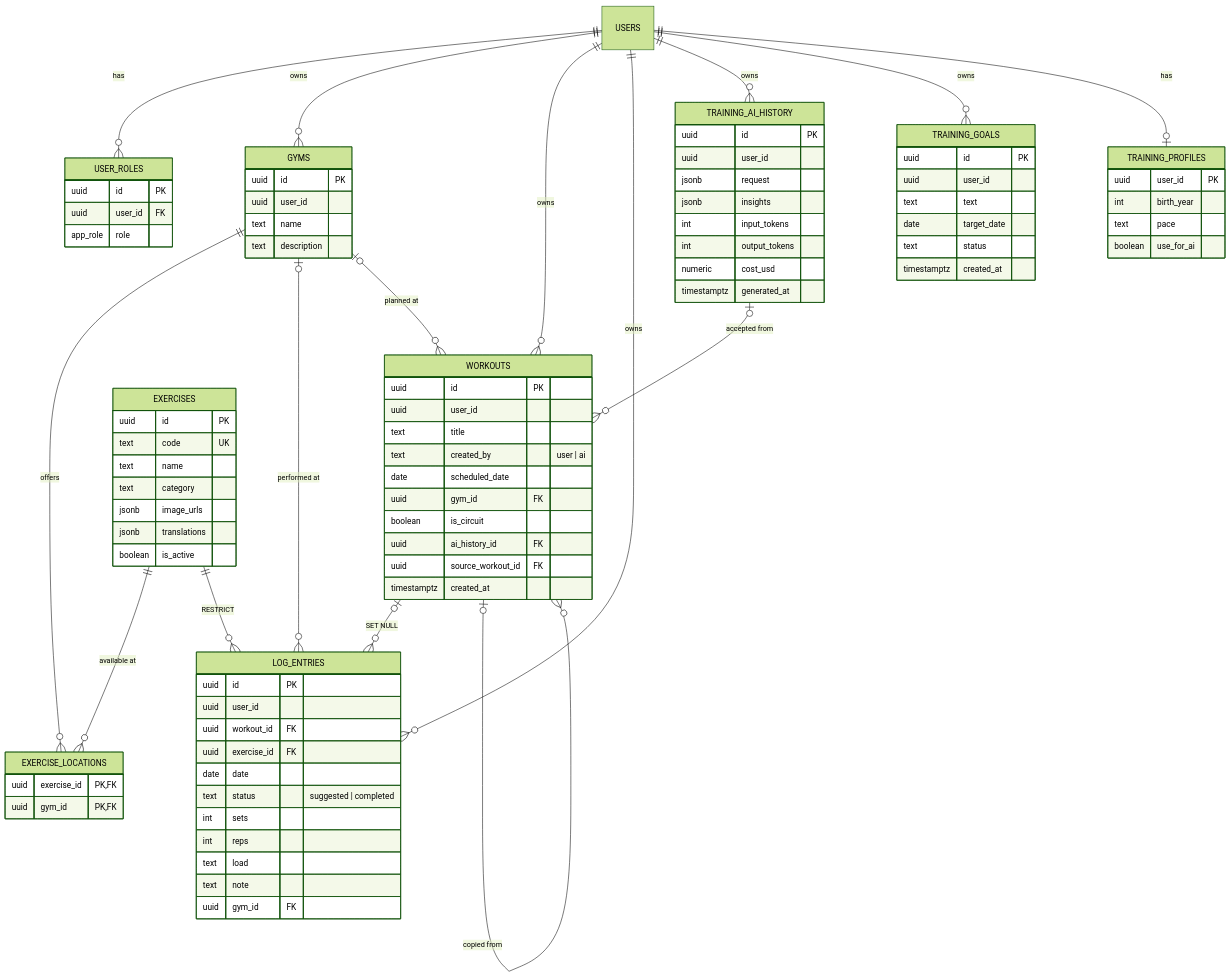
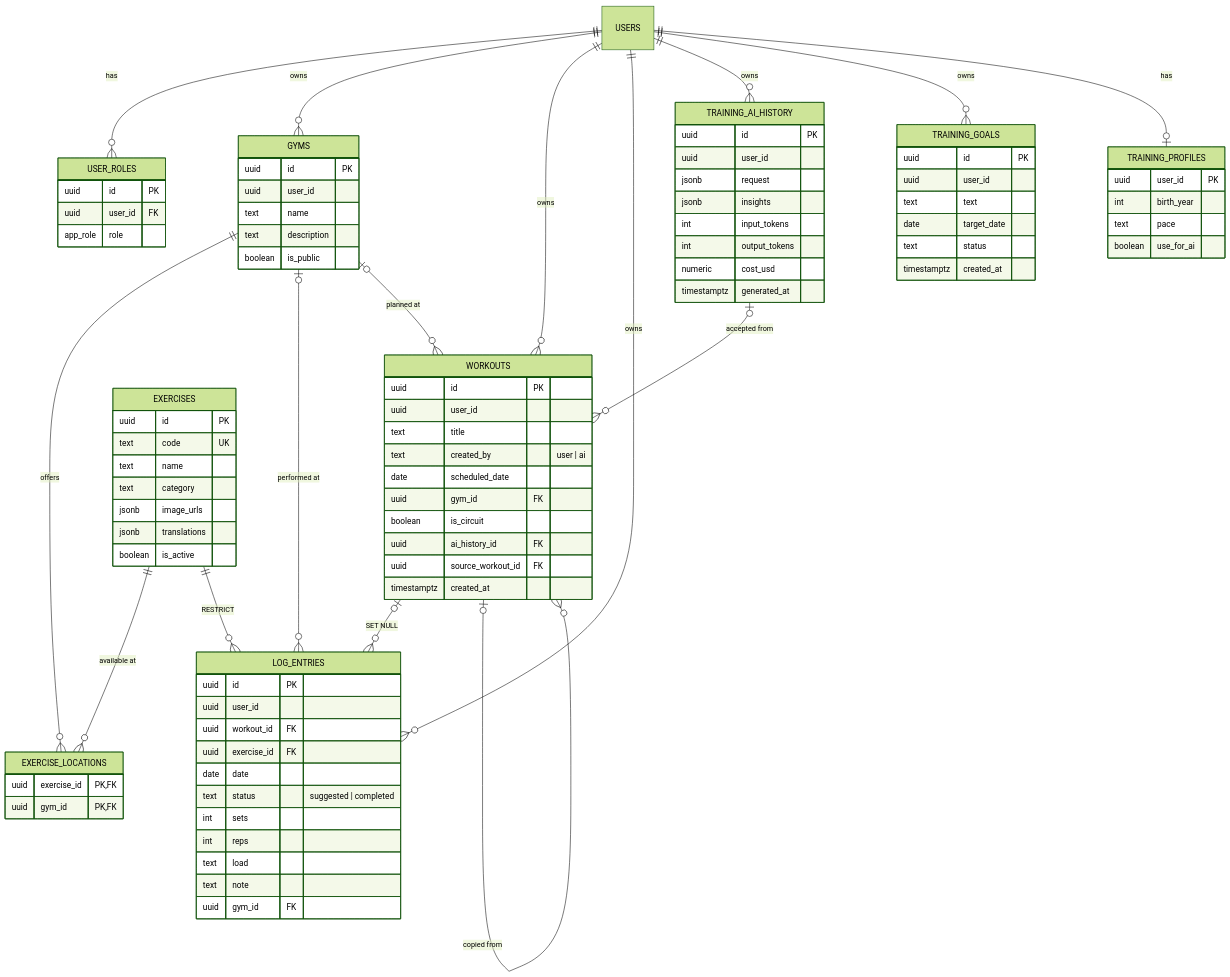
One commit to RappSolutions/RappGym changed the diagram in README.md. Above: the diagram before and after it, drawn with Mermaid (forest theme). The commit also changed 6 other files, not shown here.

```diff
--- a/README.md
+++ b/README.md
@@ -86,6 +86,7 @@
     uuid user_id
     text name
     text description
+    boolean is_public
   }
   EXERCISES {
     uuid id PK
```
